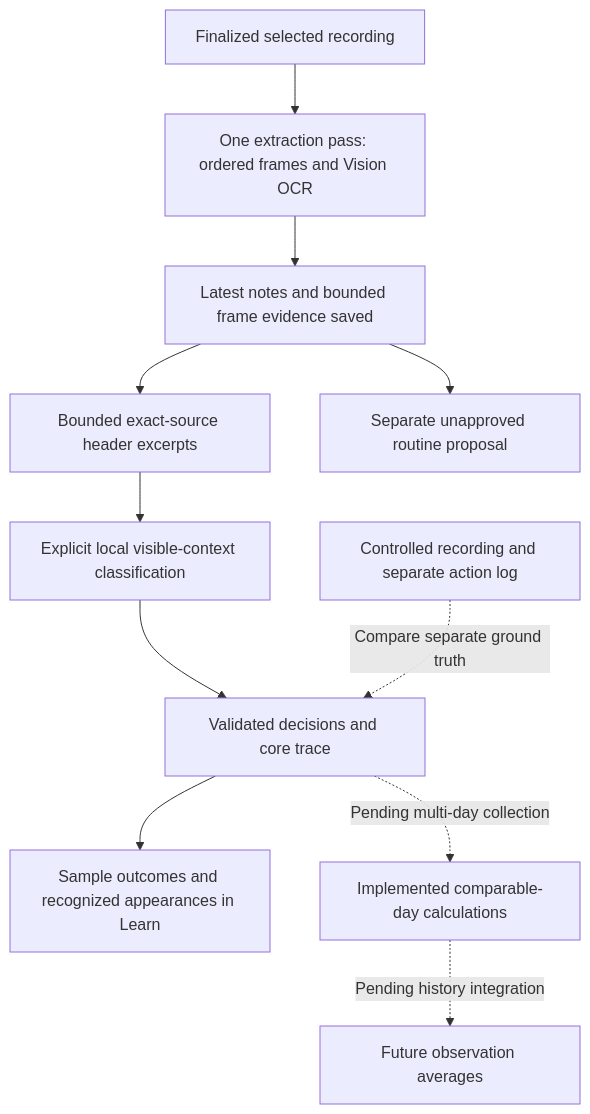
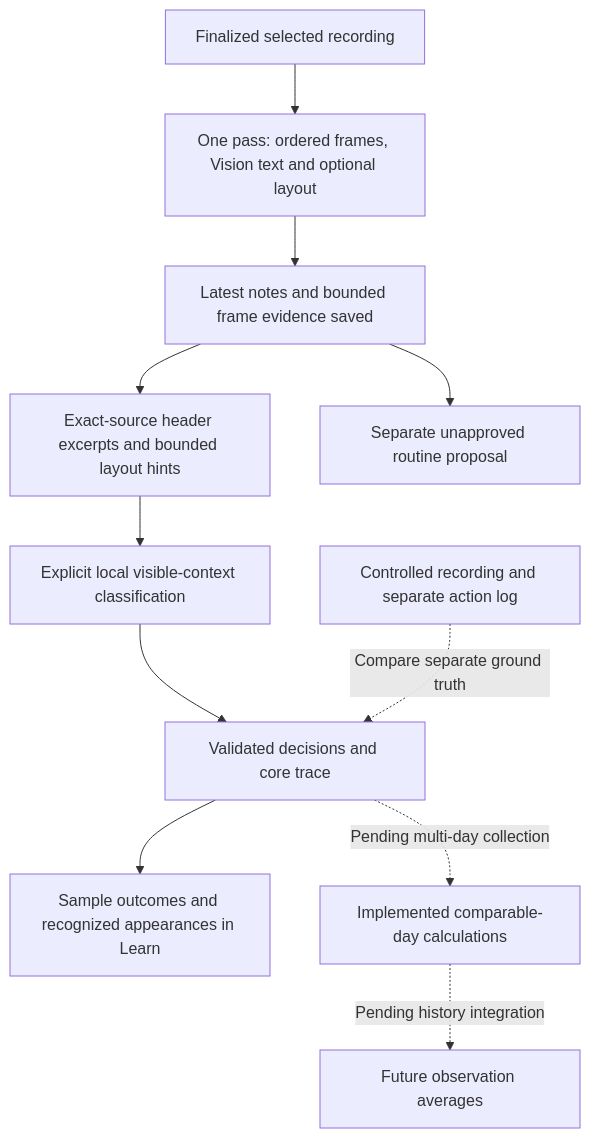
Before and after one commit to gderamchi/morning-operator: the diagram in docs/OBSERVATION-METRICS.md, drawn with Mermaid. The commit also changed other lines of this file and 6 other files, not shown here.

Commit message:
Document native recording layout and current verification results

````diff
--- a/docs/OBSERVATION-METRICS.md
+++ b/docs/OBSERVATION-METRICS.md
@@ -15,13 +17,13 @@
 ```mermaid
 flowchart TD
-    A[Finalized selected recording] --> B[One extraction pass: ordered frames and Vision OCR]
+    A[Finalized selected recording] --> B[One pass: ordered frames, Vision text and optional layout]
     B --> C[Latest notes and bounded frame evidence saved]
-    C --> X[Bounded exact-source header excerpts]
+    C --> X[Exact-source header excerpts and bounded layout hints]
     X --> D[Explicit local visible-context classification]
     D --> E[Validated decisions and core trace]
     E --> F[Sample outcomes and recognized appearances in Learn]
     C --> R[Separate unapproved routine proposal]
     E -. Pending multi-day collection .-> G[Implemented comparable-day calculations]
     G -. Pending history integration .-> I[Future observation averages]
     H[Controlled recording and separate action log] -. Compare separate ground truth .-> E
 ```
````
